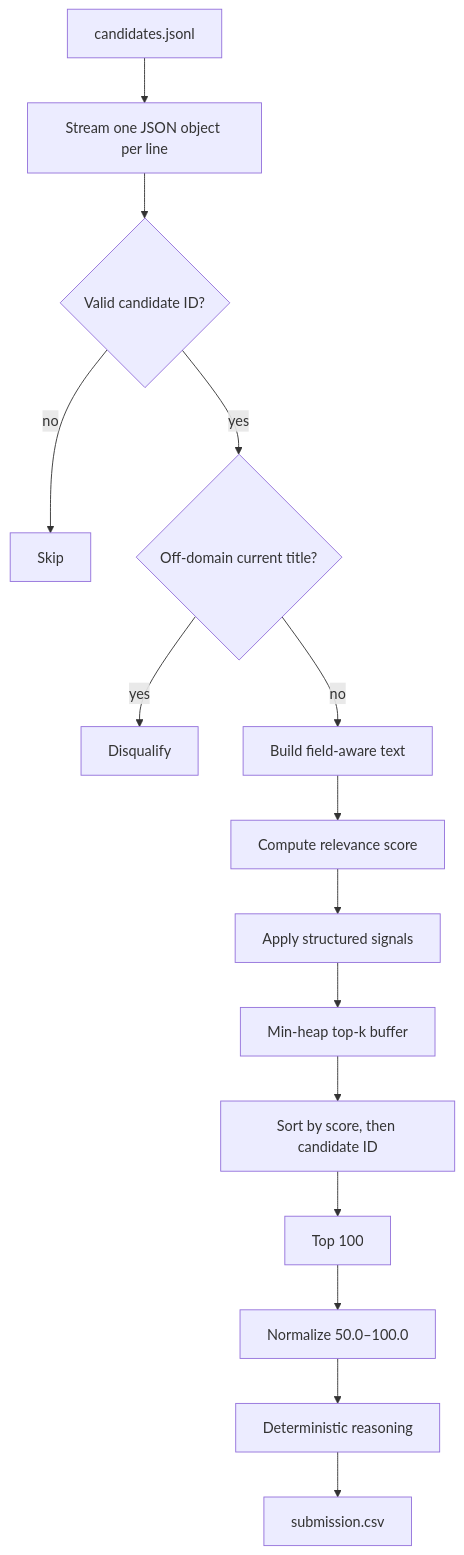
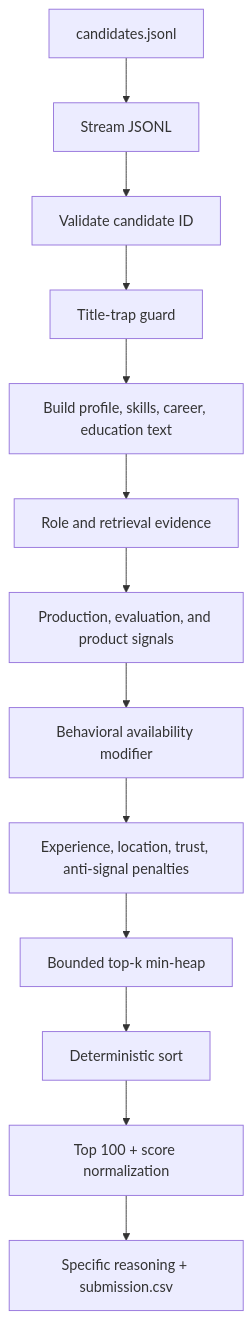
Before and after one commit to Yashsh101/redrob-ranker: the diagram in README.md, drawn with Mermaid. The commit also changed other lines of this file and 9 other files, not shown here.

````diff
--- a/README.md
+++ b/README.md
@@ -32,17 +23,15 @@
 ```mermaid
 flowchart TD
-    A[candidates.jsonl] --> B[Stream one JSON object per line]
-    B --> C{Valid candidate ID?}
-    C -->|no| X1[Skip]
-    C -->|yes| D{Off-domain current title?}
-    D -->|yes| X2[Disqualify]
-    D -->|no| E[Build field-aware text]
-    E --> F[Compute relevance score]
-    F --> G[Apply structured signals]
-    G --> H[Min-heap top-k buffer]
-    H --> I[Sort by score, then candidate ID]
-    I --> J[Top 100]
-    J --> K[Normalize 50.0–100.0]
-    K --> L[Deterministic reasoning]
-    L --> M[submission.csv]
+    A[candidates.jsonl] --> B[Stream JSONL]
+    B --> C[Validate candidate ID]
+    C --> D[Title-trap guard]
+    D --> E[Build profile, skills, career, education text]
+    E --> F[Role and retrieval evidence]
+    F --> G[Production, evaluation, and product signals]
+    G --> H[Behavioral availability modifier]
+    H --> I[Experience, location, trust, anti-signal penalties]
+    I --> J[Bounded top-k min-heap]
+    J --> K[Deterministic sort]
+    K --> L[Top 100 + score normalization]
+    L --> M[Specific reasoning + submission.csv]
 ```
````
